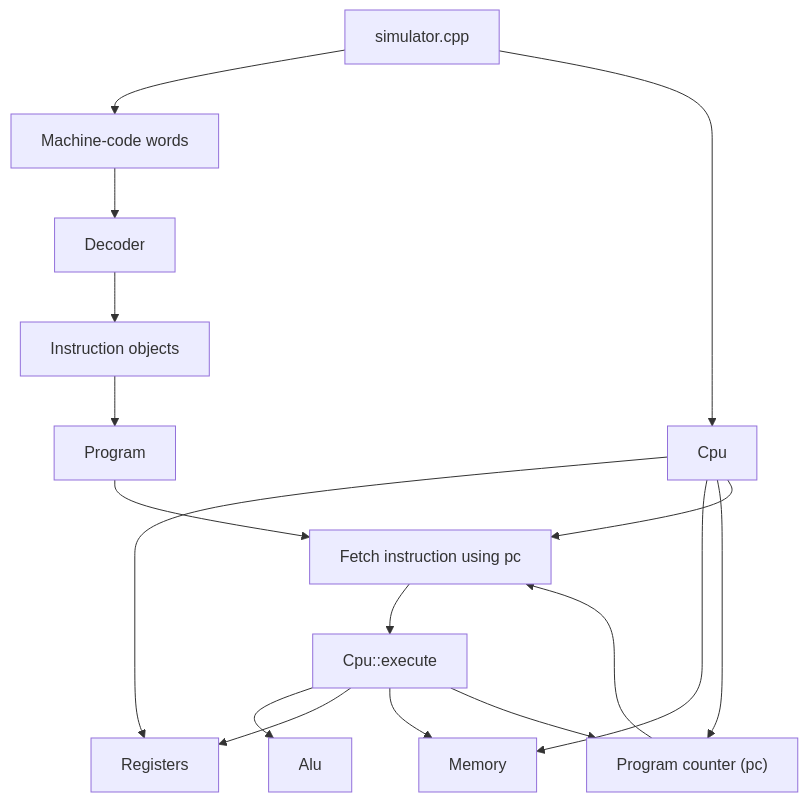
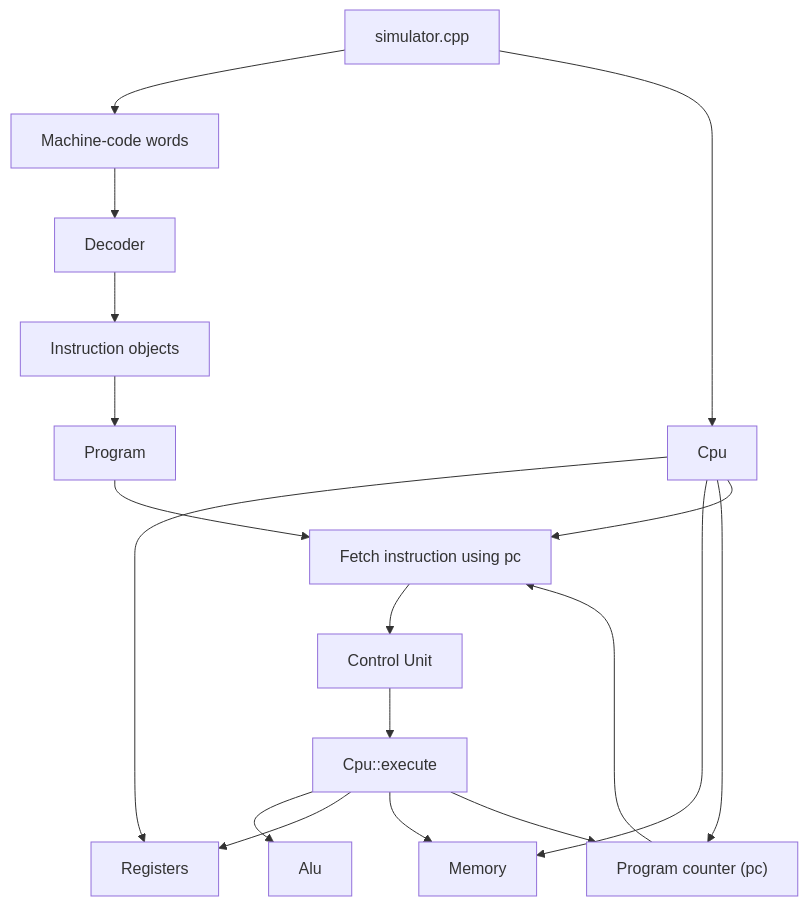
One commit to iitianpushkar/RISC-V-ISA-Simulator changed the diagram in README.md. Above: the diagram before and after it, drawn with Mermaid. The commit also changed other lines of this file and 4 other files, not shown here.

Commit message:
added control unit layer

````diff
--- a/README.md
+++ b/README.md
@@ -18,19 +19,20 @@
 ```mermaid
 flowchart TD
     A["simulator.cpp"] --> B["Machine-code words"]
     B --> C["Decoder"]
     C --> D["Instruction objects"]
     D --> E["Program"]
     A --> F["Cpu"]
     F --> G["Registers"]
     F --> H["Memory"]
     F --> I["Program counter (pc)"]
     F --> J["Fetch instruction using pc"]
     E --> J
-    J --> K["Cpu::execute"]
+    J --> M["Control Unit"]
+    M --> K["Cpu::execute"]
     K --> L["Alu"]
     K --> G
     K --> H
     K --> I
     I --> J
 ```
````
